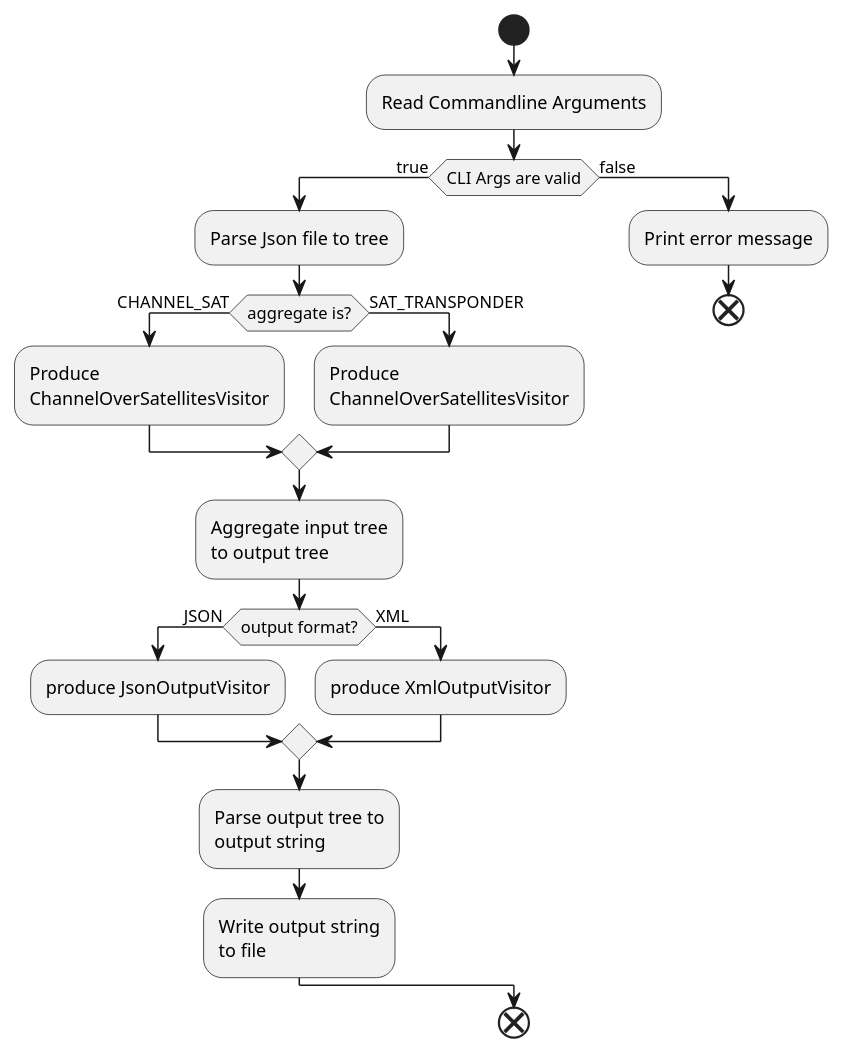
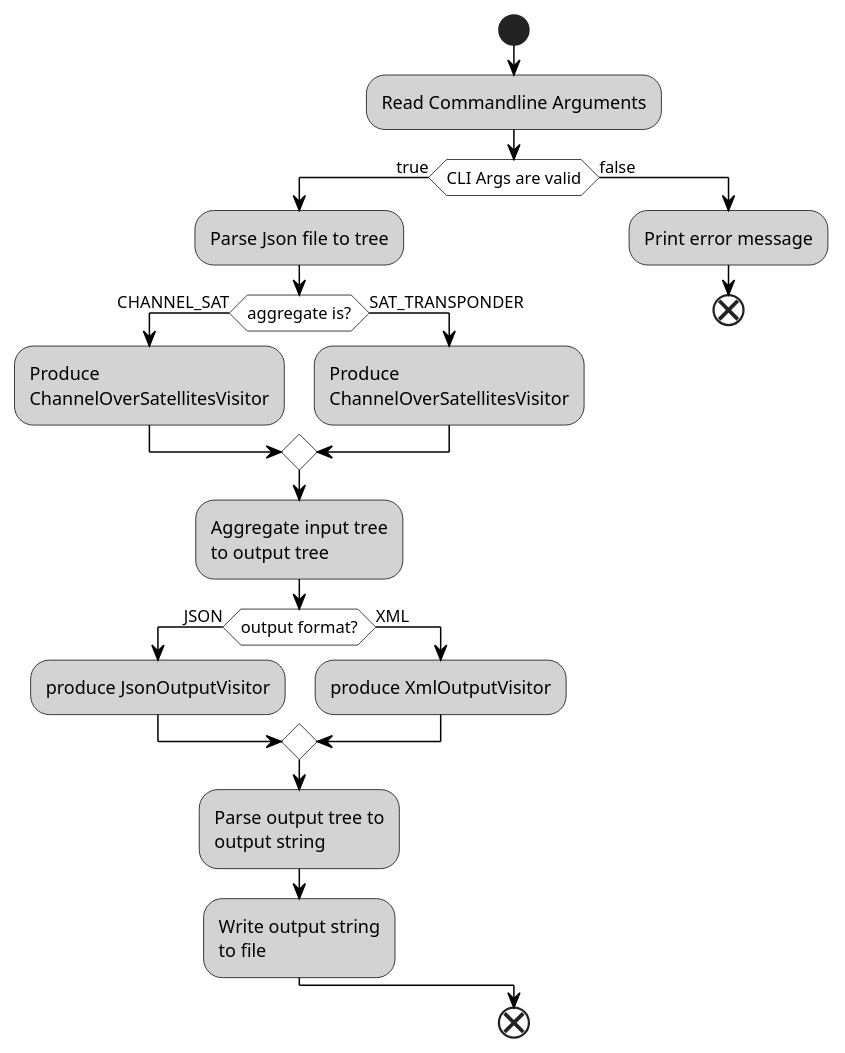
The diagram in UML-Diagramme/activityDiagram.puml (DHBW-INF2020/SWE2022_LS_LB_PK), drawn with PlantUML before and after one commit. The commit also changed 1 other file, not shown here.

Commit message:
changed diagrams

```diff
--- a/UML-Diagramme/activityDiagram.puml
+++ b/UML-Diagramme/activityDiagram.puml
@@ -2,33 +2,44 @@
 @startuml
+
+
+skinparam activity{
+  BackgroundColor lightgrey
+  BorderColor black
+  ArrowColor black
+  DiamondBackgroundColor white
+  DiamondBorderColor black
+}
+
+
 
 start
 
 :Read Commandline Arguments;
 
 if (CLI Args are valid) then (true)
   :Parse Json file to tree;
   if (aggregate is?) then (CHANNEL_SAT)
       :Produce
       ChannelOverSatellitesVisitor;
   else (SAT_TRANSPONDER)
       :Produce
       ChannelOverSatellitesVisitor;
   endif
   :Aggregate input tree
   to output tree;
   if (output format?) is (JSON) then
     :produce JsonOutputVisitor;
   else (XML)
     :produce XmlOutputVisitor;
   endif
   :Parse output tree to
   output string;
   :Write output string
   to file;
 else (false)
     :Print error message;
     end
 endif
 end
 
 @enduml
```
